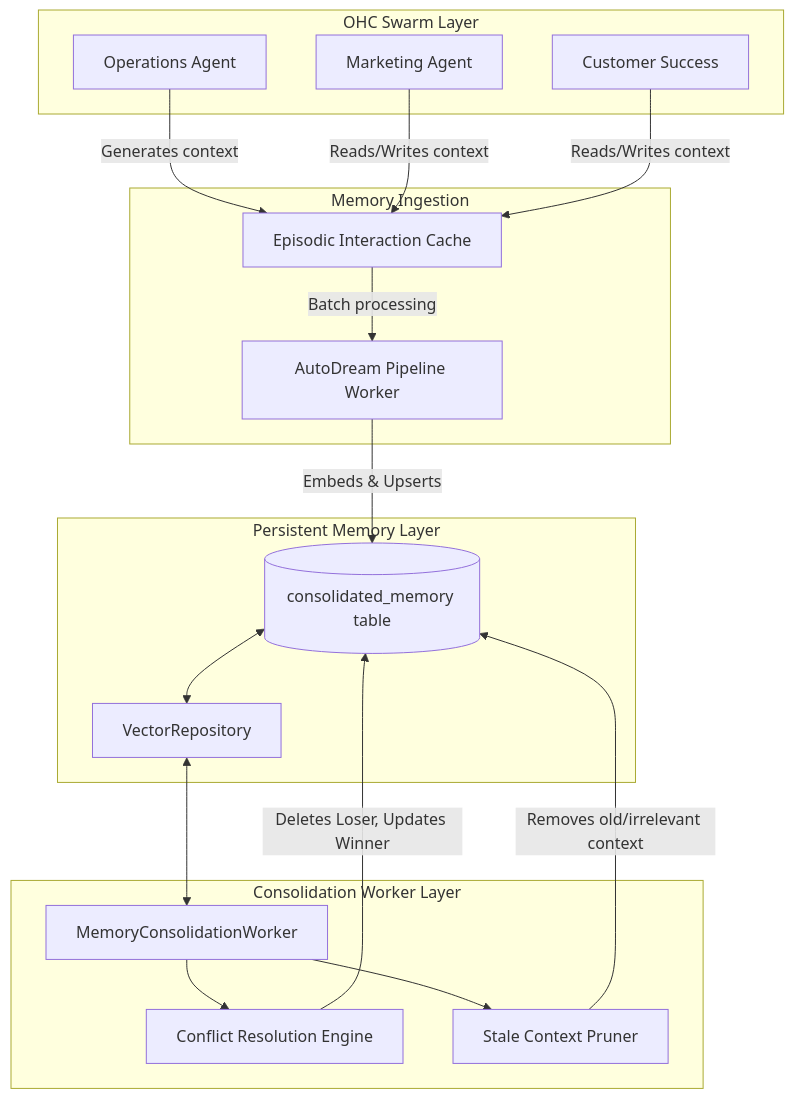
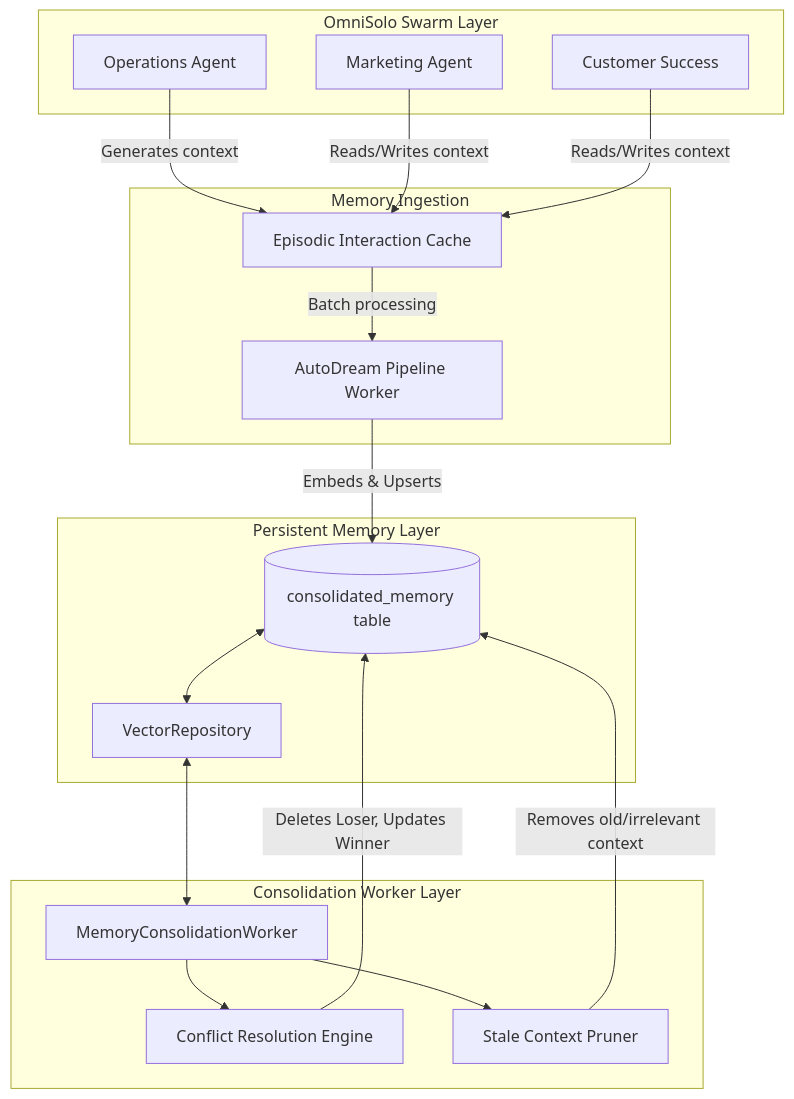
The diagram in docs/design/memory_consolidation_architecture.md (omnisolo-llc/onehumancorp), drawn with Mermaid before and after one commit. The commit also changed other lines of this file and 2191 other files, not shown here.

Commit message:
feat: complete OmniSolo rename and browser audit

````diff
--- a/docs/design/memory_consolidation_architecture.md
+++ b/docs/design/memory_consolidation_architecture.md
@@ -10,40 +10,40 @@
 ```mermaid
 graph TD;
-    subgraph OHC Swarm Layer
+    subgraph OmniSolo Swarm Layer
         OpAgent[Operations Agent]
         MktAgent[Marketing Agent]
         CSAgent[Customer Success]
     end
 
     subgraph Memory Ingestion
         Episodic[Episodic Interaction Cache]
         AutoDream[AutoDream Pipeline Worker]
     end
 
     subgraph Persistent Memory Layer
         ConsolidatedMemory[(consolidated_memory table)]
         VecStore[VectorRepository]
     end
 
     subgraph Consolidation Worker Layer
         MemWorker[MemoryConsolidationWorker]
         ConflictRes[Conflict Resolution Engine]
         Pruning[Stale Context Pruner]
     end
 
     OpAgent -->|Generates context| Episodic
     MktAgent -->|Reads/Writes context| Episodic
     CSAgent -->|Reads/Writes context| Episodic
 
     Episodic -->|Batch processing| AutoDream
     AutoDream -->|Embeds & Upserts| ConsolidatedMemory
 
     ConsolidatedMemory <--> VecStore
     VecStore <--> MemWorker
 
     MemWorker --> ConflictRes
     MemWorker --> Pruning
 
     ConflictRes -->|Deletes Loser, Updates Winner| ConsolidatedMemory
     Pruning -->|Removes old/irrelevant context| ConsolidatedMemory
 ```
````
